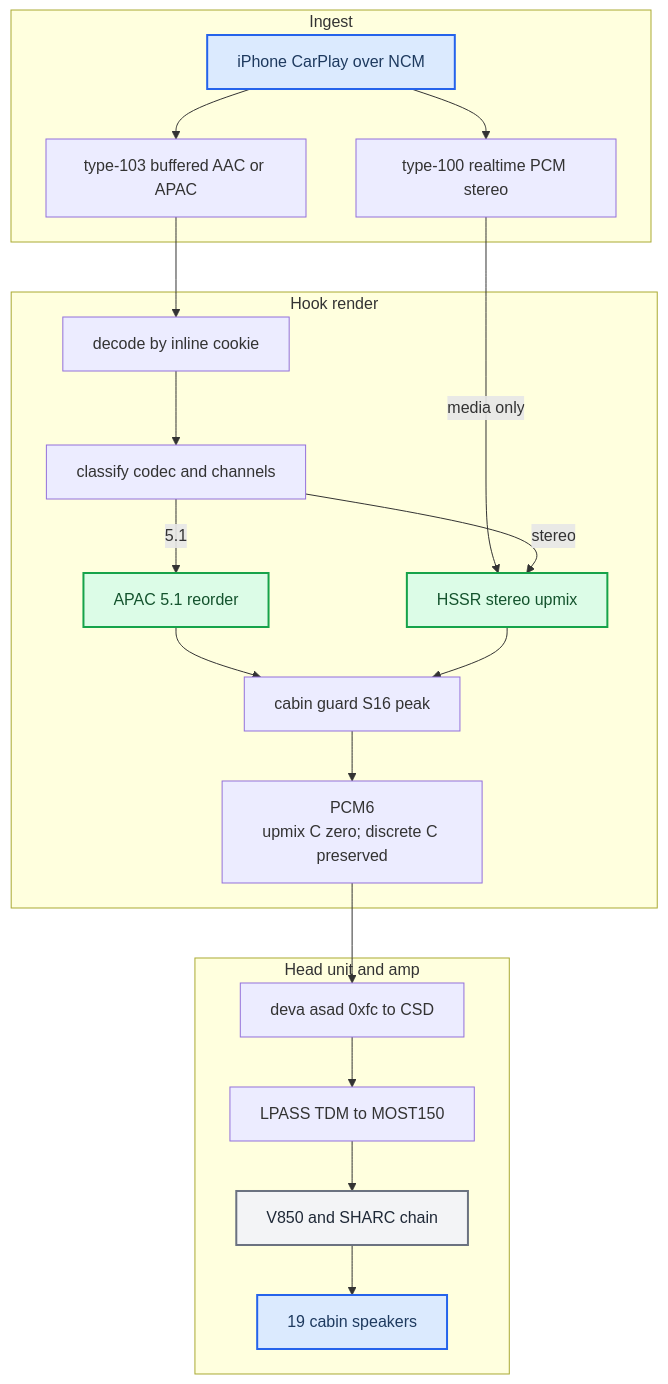
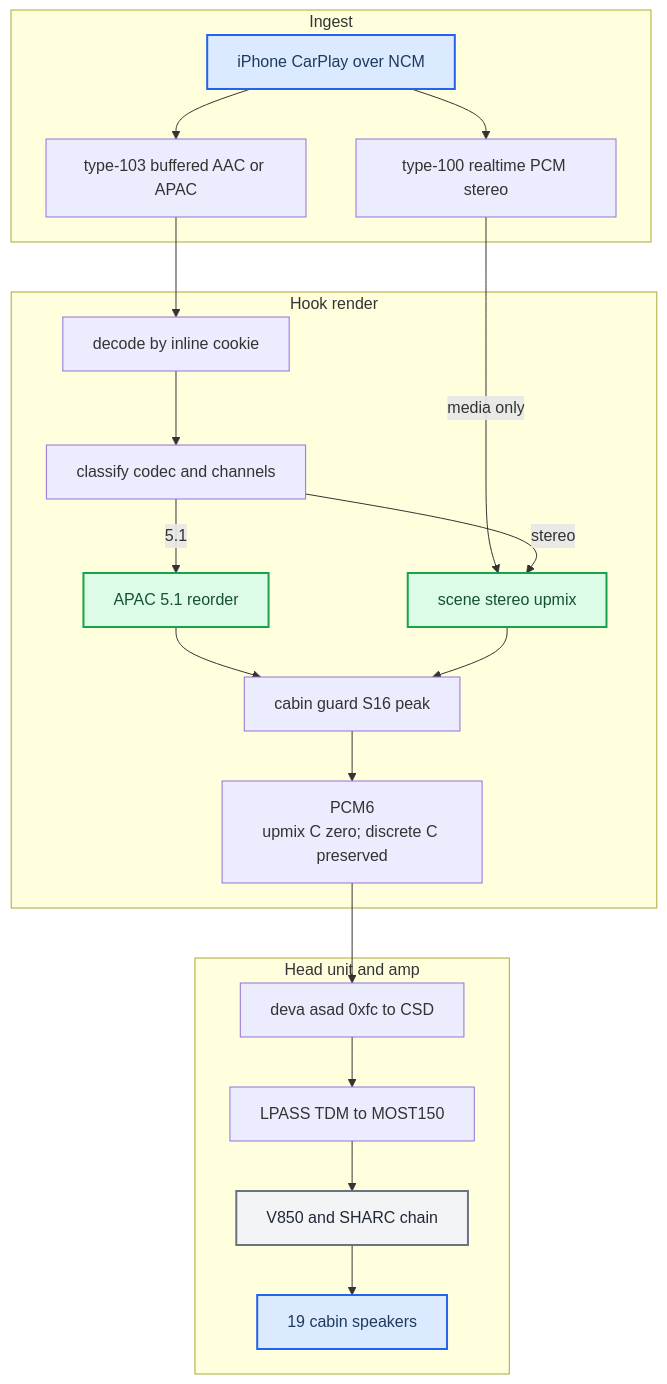
Before and after one commit to luka-dev/mib2q-carplay-rgi: the second of 5 diagrams in docs/audio/STEREO_TO_5_1_UPMIX.md, drawn with Mermaid. The commit also changed other lines of this file and 1105 other files, not shown here.

First line of the commit message:
audio: retire the HSSR Universal upmix, SCENE is the only renderer

````diff
--- a/docs/audio/STEREO_TO_5_1_UPMIX.md
+++ b/docs/audio/STEREO_TO_5_1_UPMIX.md
@@ -67,36 +67,36 @@
 ```mermaid
 flowchart TB
   accTitle: Master stereo to 5.1 pipeline
-  accDescr: Two transports feed decode and classification, split into a discrete 5.1 path and an HSSR upmix path, pass the cabin guard into PCM6 and travel down to the amp and speakers.
+  accDescr: Two transports feed decode and classification, split into a discrete 5.1 path and the scene upmix path, pass the cabin guard into PCM6 and travel down to the amp and speakers.
   subgraph ingest["Ingest"]
     iphone["iPhone CarPlay over NCM"]
     realtime_100["type-100 realtime PCM stereo"]
     buffered_103["type-103 buffered AAC or APAC"]
   end
   subgraph render["Hook render"]
     cookie_decode["decode by inline cookie"]
     classify_pcm["classify codec and channels"]
     discrete_reorder["APAC 5.1 reorder"]
-    hssr_upmix["HSSR stereo upmix"]
+    scene_upmix["scene stereo upmix"]
     cabin_guard["cabin guard S16 peak"]
     pcm6_out["PCM6<br/>upmix C zero; discrete C preserved"]
   end
   subgraph downstream["Head unit and amp"]
     deva_csd["deva asad 0xfc to CSD"]
     most_amp["LPASS TDM to MOST150"]
     j525_dsp["V850 and SHARC chain"]
     speakers_19["19 cabin speakers"]
   end
   iphone --> realtime_100
   iphone --> buffered_103 --> cookie_decode --> classify_pcm
-  realtime_100 -->|media only| hssr_upmix
+  realtime_100 -->|media only| scene_upmix
   classify_pcm -->|5.1| discrete_reorder --> cabin_guard
-  classify_pcm -->|stereo| hssr_upmix --> cabin_guard
+  classify_pcm -->|stereo| scene_upmix --> cabin_guard
   cabin_guard --> pcm6_out --> deva_csd --> most_amp --> j525_dsp --> speakers_19
   classDef primary fill:#dbeafe,stroke:#2563eb,stroke-width:2px,color:#1e3a5f
   classDef success fill:#dcfce7,stroke:#16a34a,stroke-width:2px,color:#14532d
   classDef neutral fill:#f3f4f6,stroke:#6b7280,stroke-width:2px,color:#1f2937
   class iphone,speakers_19 primary
-  class discrete_reorder,hssr_upmix success
+  class discrete_reorder,scene_upmix success
   class j525_dsp neutral
 ```
````
